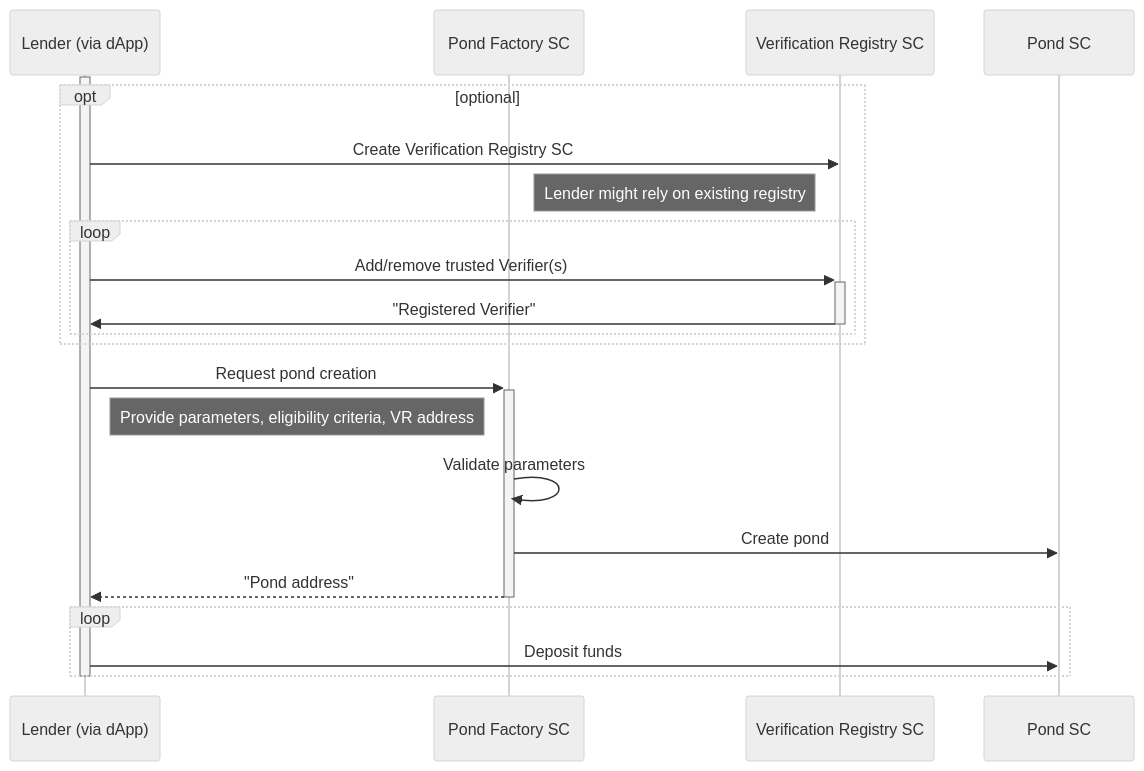
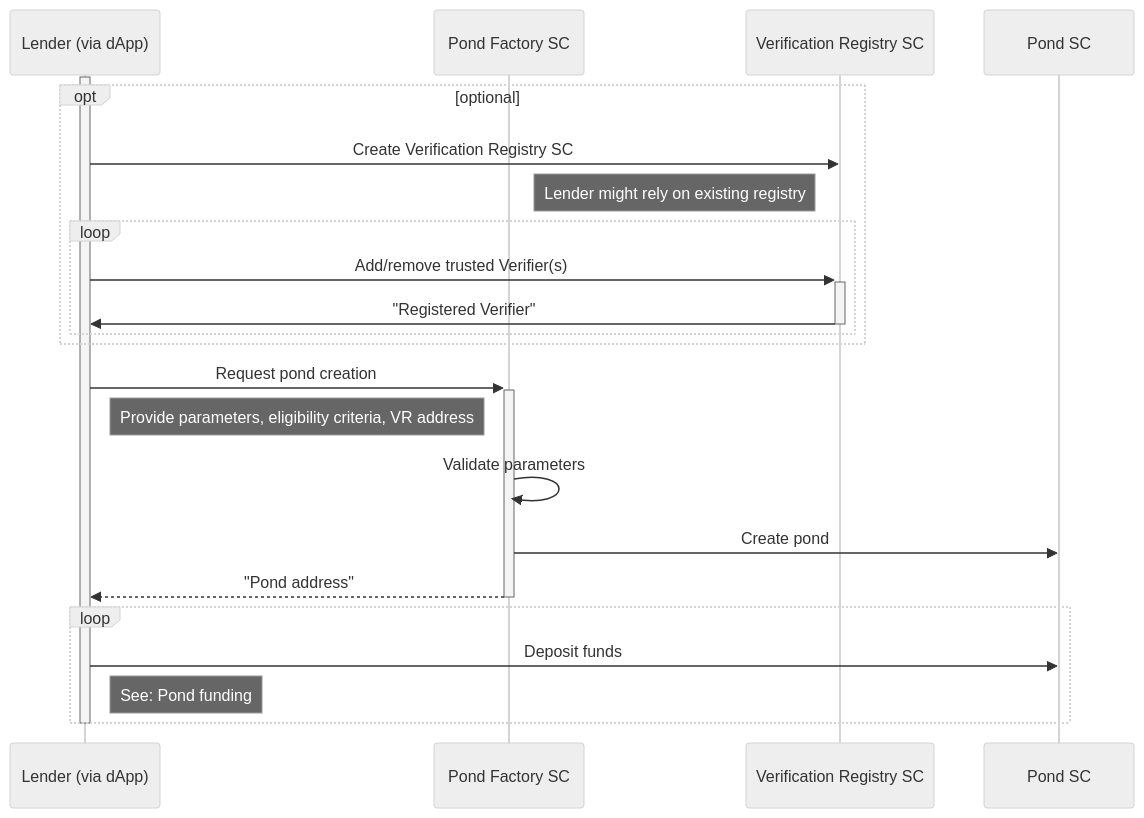
One commit to growr-xyz/growr-documentation changed the diagram in flows/E-Liquidity-1-Pond-Creation.md. Above: the diagram before and after it, drawn with Mermaid (neutral theme). The commit also changed 8 other files, not shown here.

Commit message:
Updated flows

````diff
--- a/flows/E-Liquidity-1-Pond-Creation.md
+++ b/flows/E-Liquidity-1-Pond-Creation.md
@@ -4,23 +4,24 @@
 ```mermaid
 sequenceDiagram
     participant Lender (via dApp)
     participant Pond Factory SC
     activate Lender (via dApp)
     opt optional
         Lender (via dApp)->>Verification Registry SC: Create Verification Registry SC
         Note left of Verification Registry SC: Lender might rely on existing registry
         loop
             Lender (via dApp)->>+Verification Registry SC: Add/remove trusted Verifier(s)
             Verification Registry SC->>-Lender (via dApp): "Registered Verifier"
         end
     end
     Lender (via dApp)->>+Pond Factory SC: Request pond creation
     Note right of Lender (via dApp): Provide parameters, eligibility criteria, VR address
     Pond Factory SC->>Pond Factory SC: Validate parameters
     Pond Factory SC->>Pond SC: Create pond
     Pond Factory SC-->>-Lender (via dApp): "Pond address"
     loop
         Lender (via dApp)->>Pond SC: Deposit funds
+        Note right of Lender (via dApp): See: Pond funding
     end
     deactivate Lender (via dApp)
 ```
````
